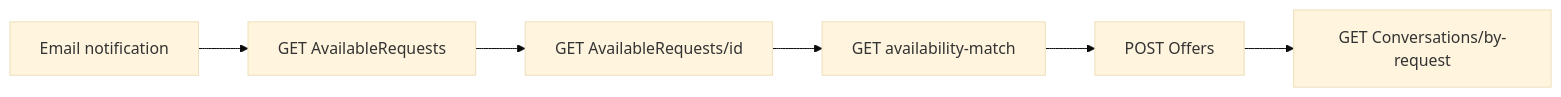
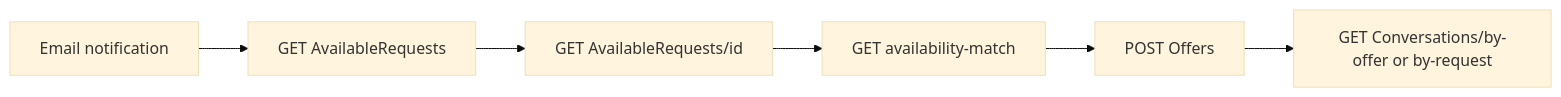
The second of 3 diagrams in docs/S2-FLOW-AND-ENDPOINTS.md (Mozaffer249/Qalam), drawn with Mermaid (base theme) before and after one commit. The commit also changed other lines of this file and 22 other files, not shown here.

````diff
--- a/docs/S2-FLOW-AND-ENDPOINTS.md
+++ b/docs/S2-FLOW-AND-ENDPOINTS.md
@@ -75,8 +75,8 @@
 ```mermaid
 flowchart LR
   notify[Email notification] --> list[GET AvailableRequests]
   list --> detail[GET AvailableRequests/id]
   detail --> match[GET availability-match]
   match --> offer[POST Offers]
-  offer --> chat[GET Conversations/by-request]
+  offer --> chat[GET Conversations/by-offer or by-request]
 ```
````
